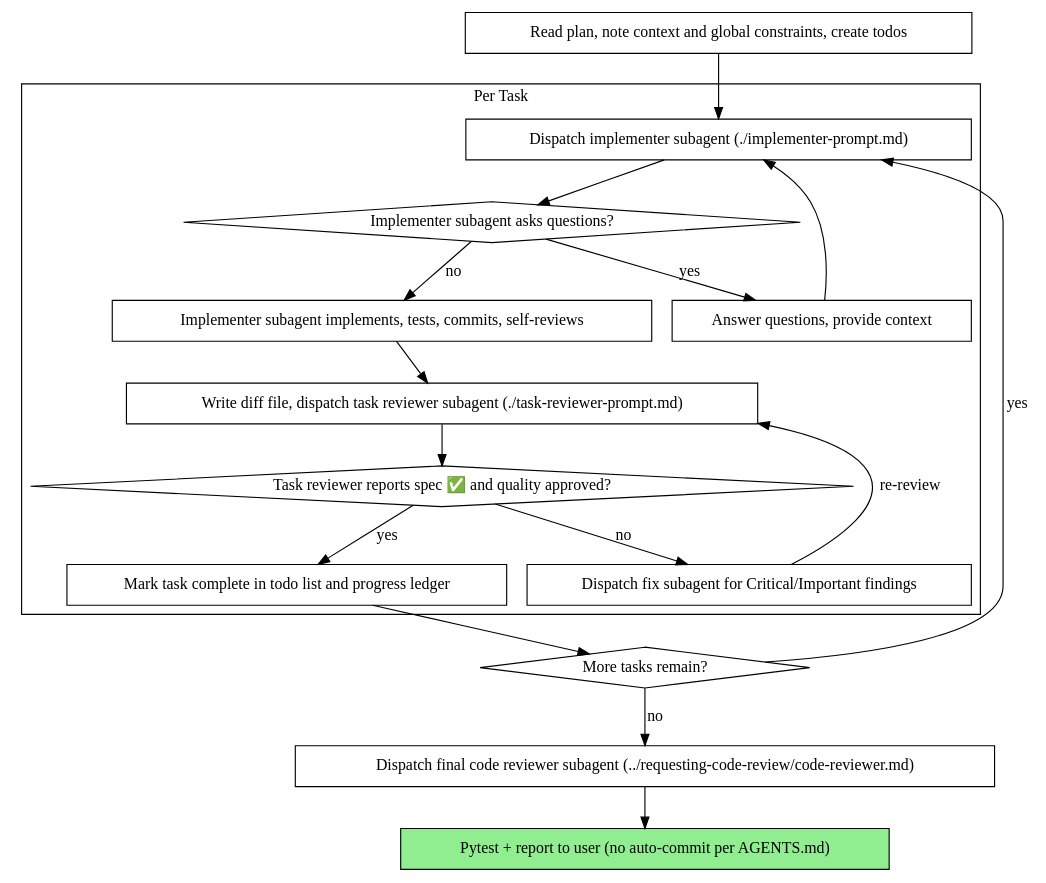
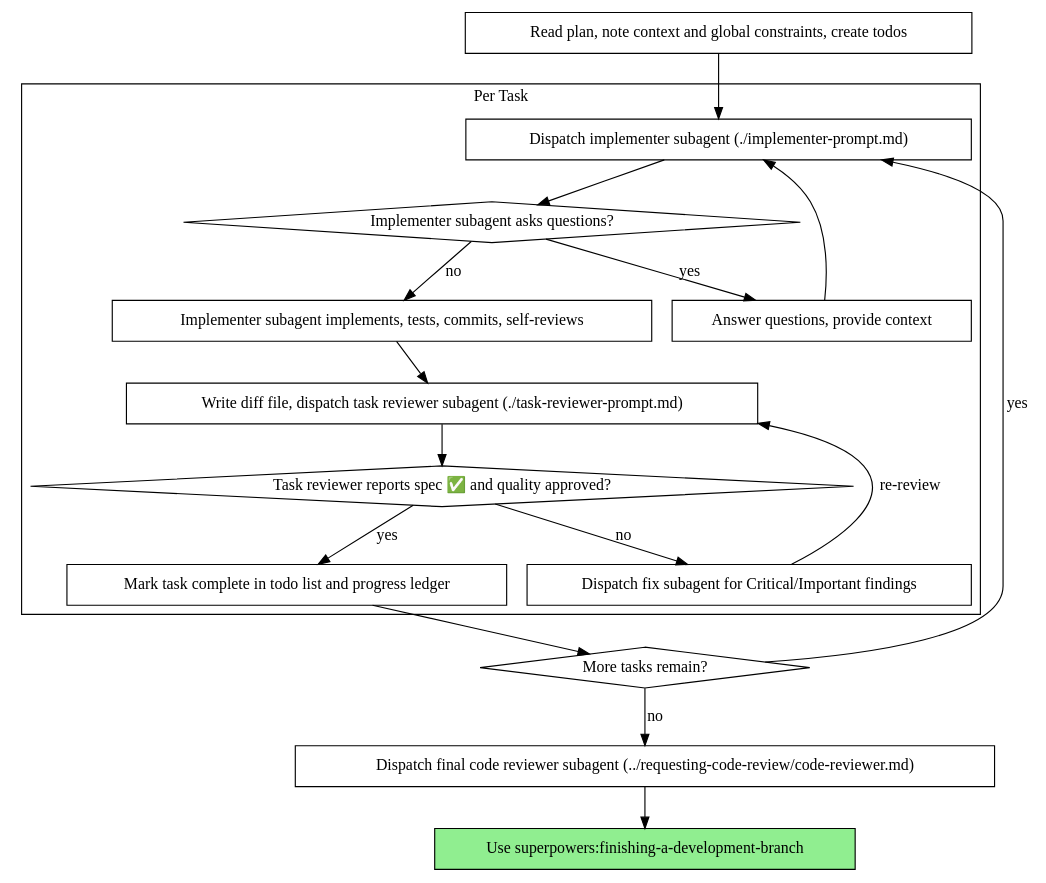
The second of 2 diagrams in .claude/skills/superpowers/subagent-driven-development/SKILL.md (Hohlas/SoSimple), drawn with Graphviz before and after one commit. The commit also changed other lines of this file and 9 other files, not shown here.

Commit message:
feat: enhance skill documentation and introduce finishing-a-development-branch skill

````diff
--- a/.claude/skills/superpowers/subagent-driven-development/SKILL.md
+++ b/.claude/skills/superpowers/subagent-driven-development/SKILL.md
@@ -47,37 +47,37 @@
 ```dot
 digraph process {
     rankdir=TB;
 
     subgraph cluster_per_task {
         label="Per Task";
         "Dispatch implementer subagent (./implementer-prompt.md)" [shape=box];
         "Implementer subagent asks questions?" [shape=diamond];
         "Answer questions, provide context" [shape=box];
         "Implementer subagent implements, tests, commits, self-reviews" [shape=box];
         "Write diff file, dispatch task reviewer subagent (./task-reviewer-prompt.md)" [shape=box];
         "Task reviewer reports spec ✅ and quality approved?" [shape=diamond];
         "Dispatch fix subagent for Critical/Important findings" [shape=box];
         "Mark task complete in todo list and progress ledger" [shape=box];
     }
 
     "Read plan, note context and global constraints, create todos" [shape=box];
     "More tasks remain?" [shape=diamond];
     "Dispatch final code reviewer subagent (../requesting-code-review/code-reviewer.md)" [shape=box];
-    "Pytest + report to user (no auto-commit per AGENTS.md)" [shape=box style=filled fillcolor=lightgreen];
+    "Use superpowers:finishing-a-development-branch" [shape=box style=filled fillcolor=lightgreen];
 
     "Read plan, note context and global constraints, create todos" -> "Dispatch implementer subagent (./implementer-prompt.md)";
     "Dispatch implementer subagent (./implementer-prompt.md)" -> "Implementer subagent asks questions?";
     "Implementer subagent asks questions?" -> "Answer questions, provide context" [label="yes"];
     "Answer questions, provide context" -> "Dispatch implementer subagent (./implementer-prompt.md)";
     "Implementer subagent asks questions?" -> "Implementer subagent implements, tests, commits, self-reviews" [label="no"];
     "Implementer subagent implements, tests, commits, self-reviews" -> "Write diff file, dispatch task reviewer subagent (./task-reviewer-prompt.md)";
     "Write diff file, dispatch task reviewer subagent (./task-reviewer-prompt.md)" -> "Task reviewer reports spec ✅ and quality approved?";
     "Task reviewer reports spec ✅ and quality approved?" -> "Dispatch fix subagent for Critical/Important findings" [label="no"];
     "Dispatch fix subagent for Critical/Important findings" -> "Write diff file, dispatch task reviewer subagent (./task-reviewer-prompt.md)" [label="re-review"];
     "Task reviewer reports spec ✅ and quality approved?" -> "Mark task complete in todo list and progress ledger" [label="yes"];
     "Mark task complete in todo list and progress ledger" -> "More tasks remain?";
     "More tasks remain?" -> "Dispatch implementer subagent (./implementer-prompt.md)" [label="yes"];
     "More tasks remain?" -> "Dispatch final code reviewer subagent (../requesting-code-review/code-reviewer.md)" [label="no"];
-    "Dispatch final code reviewer subagent (../requesting-code-review/code-reviewer.md)" -> "Pytest + report to user (no auto-commit per AGENTS.md)";
+    "Dispatch final code reviewer subagent (../requesting-code-review/code-reviewer.md)" -> "Use superpowers:finishing-a-development-branch";
 }
 ```
````
